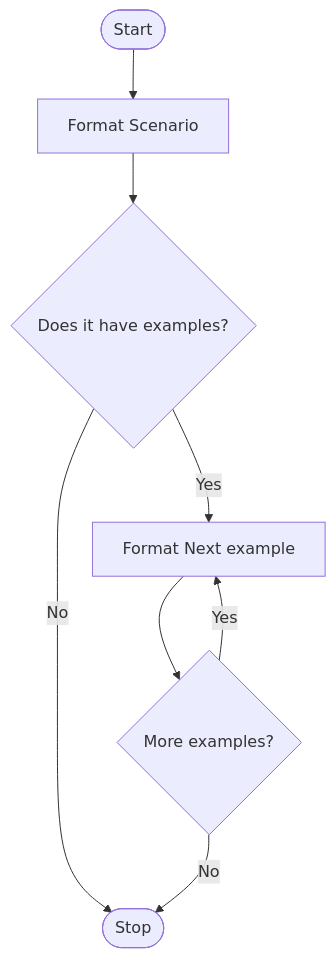
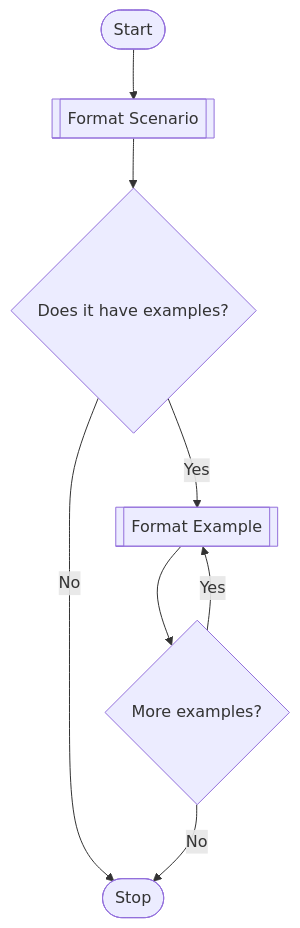
The seventh of 15 diagrams in src/mermaid.md (gherking/gherking-docs), drawn with Mermaid before and after one commit. The commit also changed other lines of this file, not shown here.

````diff
--- a/src/mermaid.md
+++ b/src/mermaid.md
@@ -84,11 +84,11 @@
 ```mermaid
 graph TD
 start([Start])
---> scenario[Format Scenario]
+--> scenario[[Format Scenario]]
  -->branch1{Does it have examples?}
-branch1 -->|Yes| example[Format Next example]
+branch1 -->|Yes| example[[Format Example]]
 branch1 -->|No| stop
 example --> branch2{More examples?}
 branch2 --> |Yes| example
 branch2 --> |No| stop([Stop])
 ```
````
